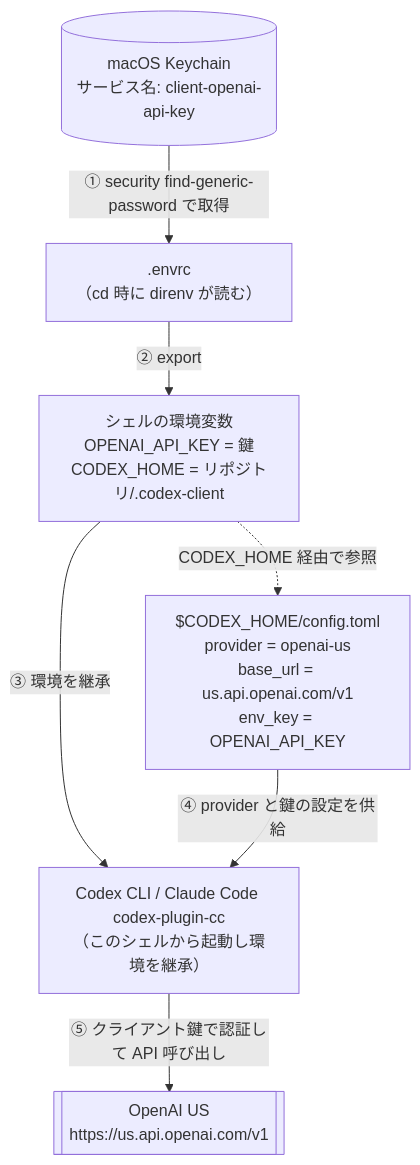
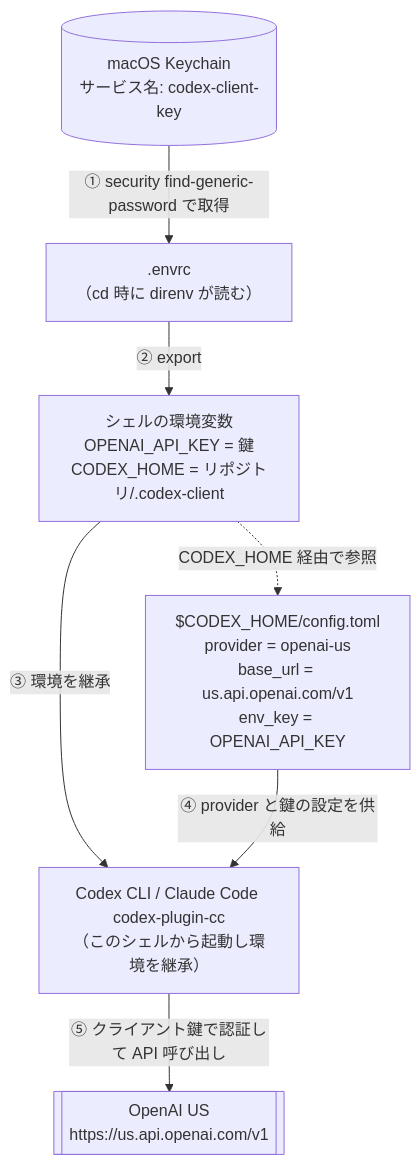
Before and after one commit to ist-j-ichikawa/skills: the first of 2 diagrams in skills/codex-key-bootstrap/README.md, drawn with Mermaid. The commit also changed 2 other files, not shown here.

Commit message:
codex-key-bootstrap: SKILL.md に GUI app 注意を追記 + Keychain サービス名を codex-client-key に統一
- SKILL.md (モデル向け) に「デスクトップ app は非対応の鍵サーフェス」を Verification と
  Troubleshooting に追記。GUI 起動は direnv env を継承せず ChatGPT にフォールバック、
  ディレクトリを開いても direnv は走らない、確実策はディスク永続 (codex login --with-api-key)、
  open -a は cold 起動時のみで当てにしない、と明記 (README と整合)。
- Keychain サービス名の既定を client-openai-api-key → codex-client-key に統一
  (旧 skill 名 client-openai-key-client と紛らわしかったため。SKILL.md 4 箇所 + README mermaid)。
- plugin.json version 0.7.0。

````diff
--- a/skills/codex-key-bootstrap/README.md
+++ b/skills/codex-key-bootstrap/README.md
@@ -26,16 +26,16 @@
 ```mermaid
 flowchart TD
-    KC[("macOS Keychain<br/>サービス名: client-openai-api-key")]
+    KC[("macOS Keychain<br/>サービス名: codex-client-key")]
     ENVRC[".envrc<br/>（cd 時に direnv が読む）"]
     ENV["シェルの環境変数<br/>OPENAI_API_KEY = 鍵<br/>CODEX_HOME = リポジトリ/.codex-client"]
     CFG["$CODEX_HOME/config.toml<br/>provider = openai-us<br/>base_url = us.api.openai.com/v1<br/>env_key = OPENAI_API_KEY"]
     TOOL["Codex CLI / Claude Code codex-plugin-cc<br/>（このシェルから起動し環境を継承）"]
     OPENAI[["OpenAI US<br/>https://us.api.openai.com/v1"]]
 
     KC -->|"① security find-generic-password で取得"| ENVRC
     ENVRC -->|"② export"| ENV
     ENV -->|"③ 環境を継承"| TOOL
     ENV -.->|"CODEX_HOME 経由で参照"| CFG
     CFG -->|"④ provider と鍵の設定を供給"| TOOL
     TOOL -->|"⑤ クライアント鍵で認証して API 呼び出し"| OPENAI
 ```
````
